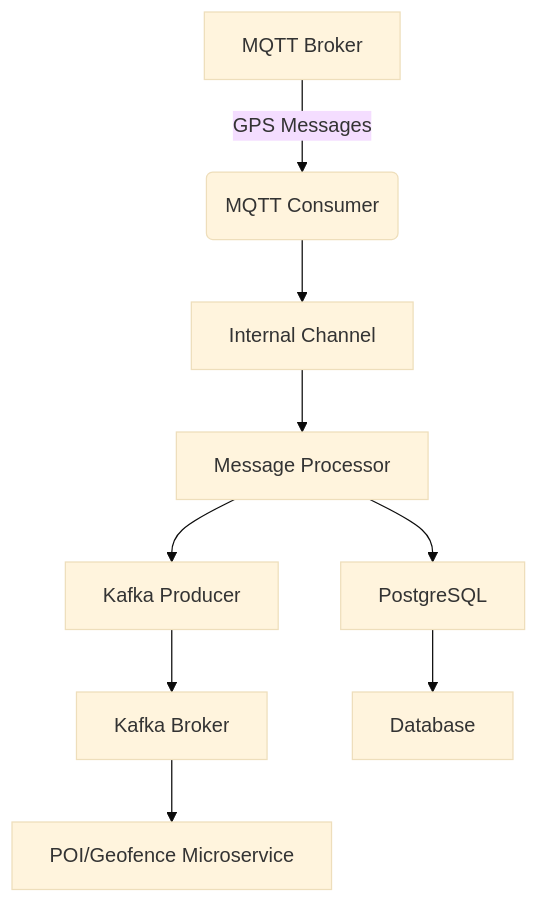
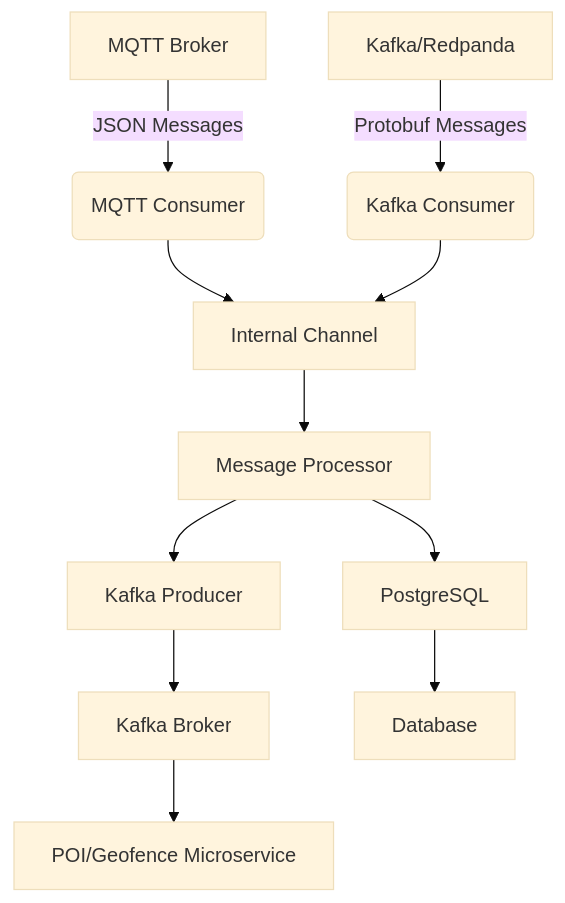
The diagram in README.md (JesusCabrera84/siscom-consumer), drawn with Mermaid (base theme) before and after one commit. The commit also changed other lines of this file and 24 other files, not shown here.

````diff
--- a/README.md
+++ b/README.md
@@ -68,11 +92,13 @@
 ```mermaid
 flowchart TD
-    A[MQTT Broker] -->|GPS Messages| B(MQTT Consumer)
-    B --> C[Internal Channel]
+    A1[MQTT Broker] -->|JSON Messages| B1(MQTT Consumer)
+    A2[Kafka/Redpanda] -->|Protobuf Messages| B2(Kafka Consumer)
+    B1 --> C[Internal Channel]
+    B2 --> C
     C --> D[Message Processor]
     D --> E[Kafka Producer]
     D --> F[PostgreSQL]
     E --> G[Kafka Broker]
     F --> H[Database]
     G --> I[POI/Geofence Microservice]
 ```
````
